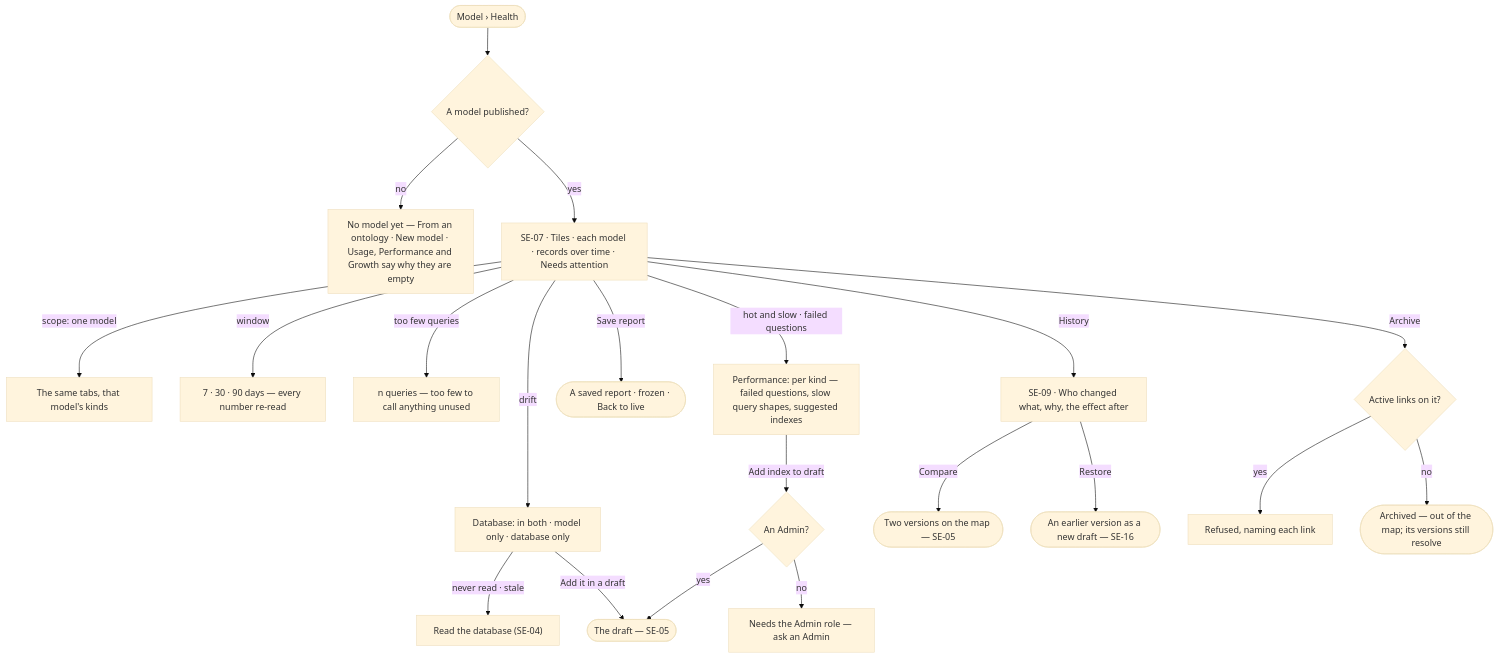
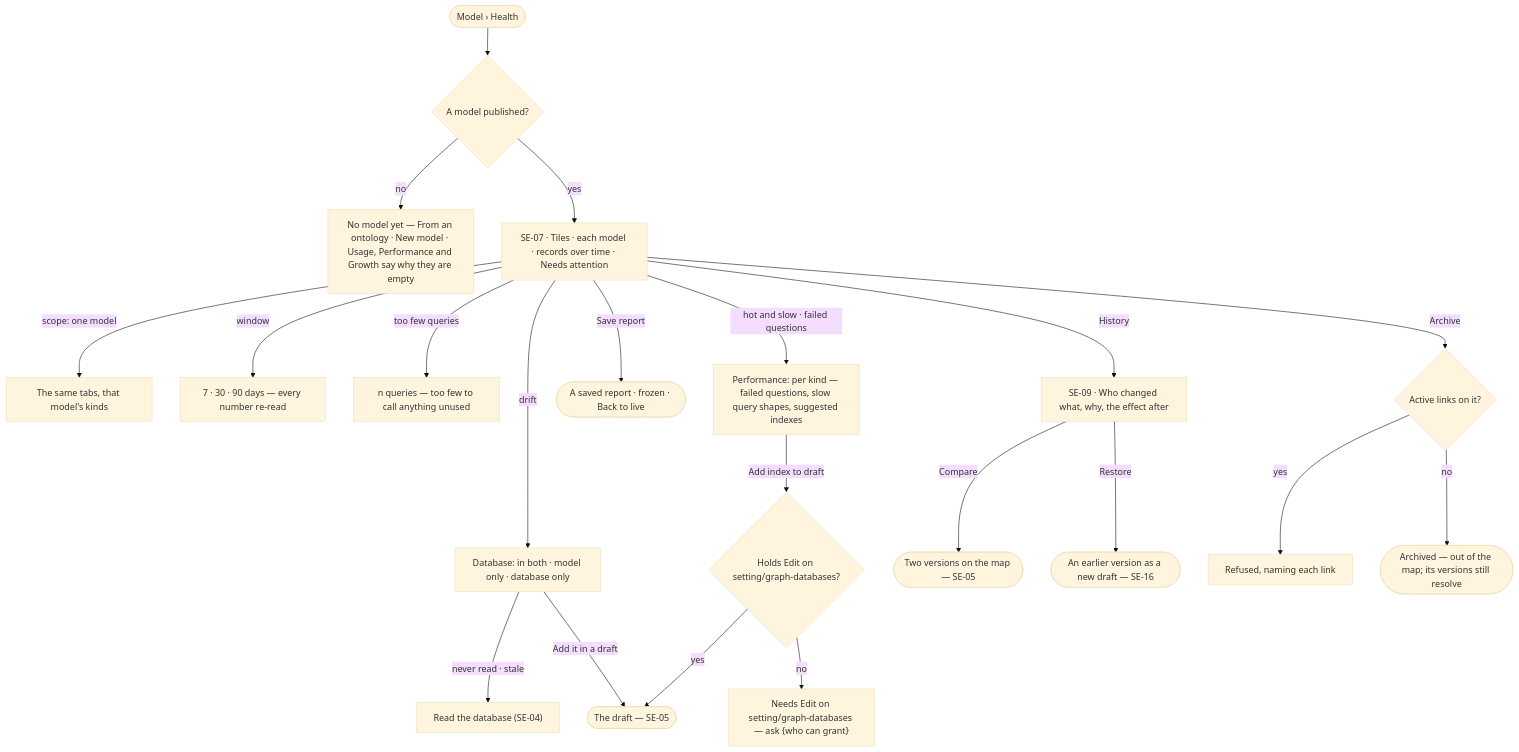
Before and after one commit to invana/invana: the diagram in specs/capabilities/semantics/features/SE-F10-health-and-history/feature.md, drawn with Mermaid (base theme). The commit also changed other lines of this file and 228 other files, not shown here.

````diff
--- a/specs/capabilities/semantics/features/SE-F10-health-and-history/feature.md
+++ b/specs/capabilities/semantics/features/SE-F10-health-and-history/feature.md
@@ -22,23 +22,23 @@
 ```mermaid
 flowchart TD
   start([Model › Health]) --> any{A model published?}
   any -->|no| none["No model yet — From an ontology · New model · Usage, Performance and Growth say why they are empty"]
   any -->|yes| h["SE-07 · Tiles · each model · records over time · Needs attention"]
   h -->|scope: one model| one["The same tabs, that model's kinds"]
   h -->|window| w["7 · 30 · 90 days — every number re-read"]
   h -->|too few queries| few["n queries — too few to call anything unused"]
   h -->|drift| db["Database: in both · model only · database only"]
   db -->|never read · stale| rd["Read the database (SE-04)"]
   db -->|Add it in a draft| draft(["The draft — SE-05"])
   h -->|hot and slow · failed questions| perf["Performance: per kind — failed questions, slow query shapes, suggested indexes"]
-  perf -->|Add index to draft| may{An Admin?}
-  may -->|no| na["Needs the Admin role — ask an Admin"]
+  perf -->|Add index to draft| may{"Holds Edit on setting/graph-databases?"}
+  may -->|no| na["Needs Edit on setting/graph-databases — ask {who can grant}"]
   may -->|yes| draft
   h -->|Save report| rep(["A saved report · frozen · Back to live"])
   h -->|History| hist["SE-09 · Who changed what, why, the effect after"]
   hist -->|Compare| cmp(["Two versions on the map — SE-05"])
   hist -->|Restore| rs(["An earlier version as a new draft — SE-16"])
   h -->|Archive| ar{Active links on it?}
   ar -->|yes| arr["Refused, naming each link"]
   ar -->|no| arch(["Archived — out of the map; its versions still resolve"])
 ```
````
